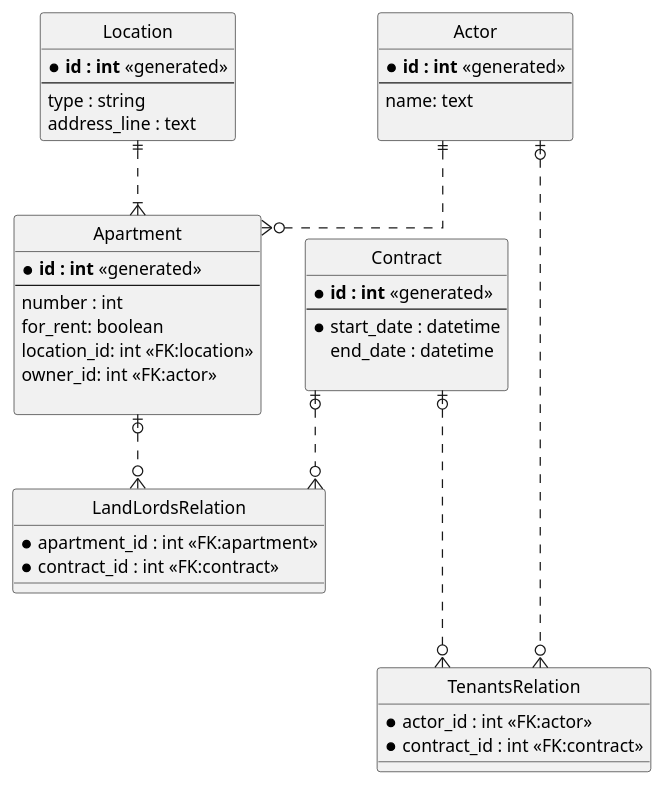
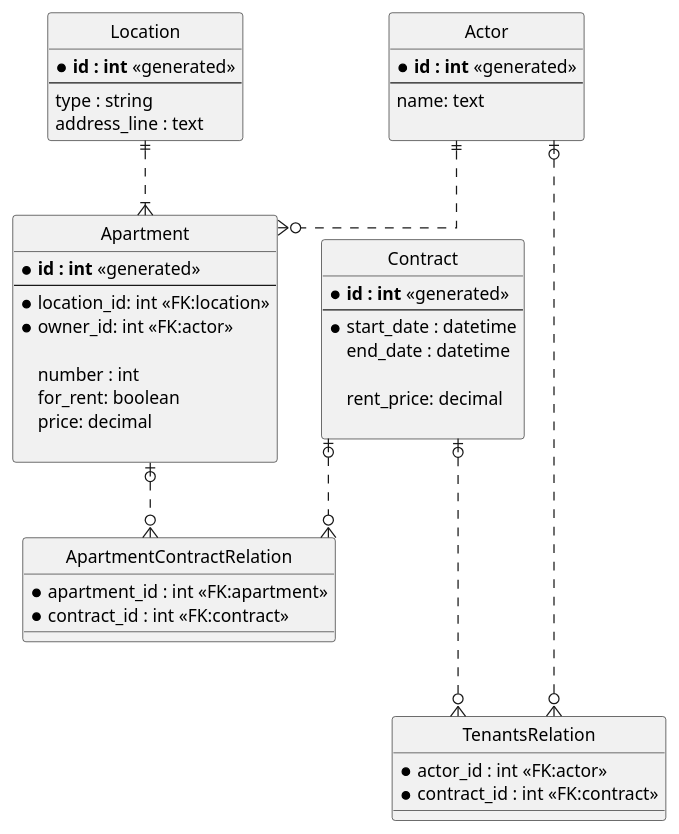
The diagram in domain-task1/landlord-ddm.puml (G-Art/zenhomes-task), drawn with PlantUML before and after one commit.

Commit message:
update er diagram

```diff
--- a/domain-task1/landlord-ddm.puml
+++ b/domain-task1/landlord-ddm.puml
@@ -1,61 +1,65 @@
 @startuml
 
 hide circle
 
 ' avoid problems with angled crows feet
 skinparam linetype ortho
 
 entity "Location" as location {
     * **id : int** <<generated>>
     --
     type : string
     address_line : text
 }
 
 
 entity "Apartment" as apartment {
     * **id : int** <<generated>>
     --
+    * location_id: int <<FK:location>>
+    * owner_id: int <<FK:actor>>
+
     number : int
     for_rent: boolean
-    location_id: int <<FK:location>>
-    owner_id: int <<FK:actor>>
+    price: decimal
 
 }
 
 entity "Actor" as actor {
     * **id : int** <<generated>>
     --
     name: text
 
 }
 
 entity "Contract" as contract {
     * **id : int** <<generated>>
     --
     * start_date : datetime
     end_date : datetime
 
+    rent_price: decimal
+
 }
 
-entity "LandLordsRelation" as apartmentContract_rel {
+entity "ApartmentContractRelation" as apartmentContract_rel {
     * apartment_id : int <<FK:apartment>>
     * contract_id : int <<FK:contract>>
 }
 
 entity "TenantsRelation" as actorContract_rel {
     * actor_id : int <<FK:actor>>
     * contract_id : int <<FK:contract>>
 }
 
 actor ||..o{ apartment
 location ||..|{ apartment
 apartment |o..o{ apartmentContract_rel
 contract |o..o{ apartmentContract_rel
 
 actor |o..o{ actorContract_rel
 contract |o...o{ actorContract_rel
 
 
 
 @enduml
```
